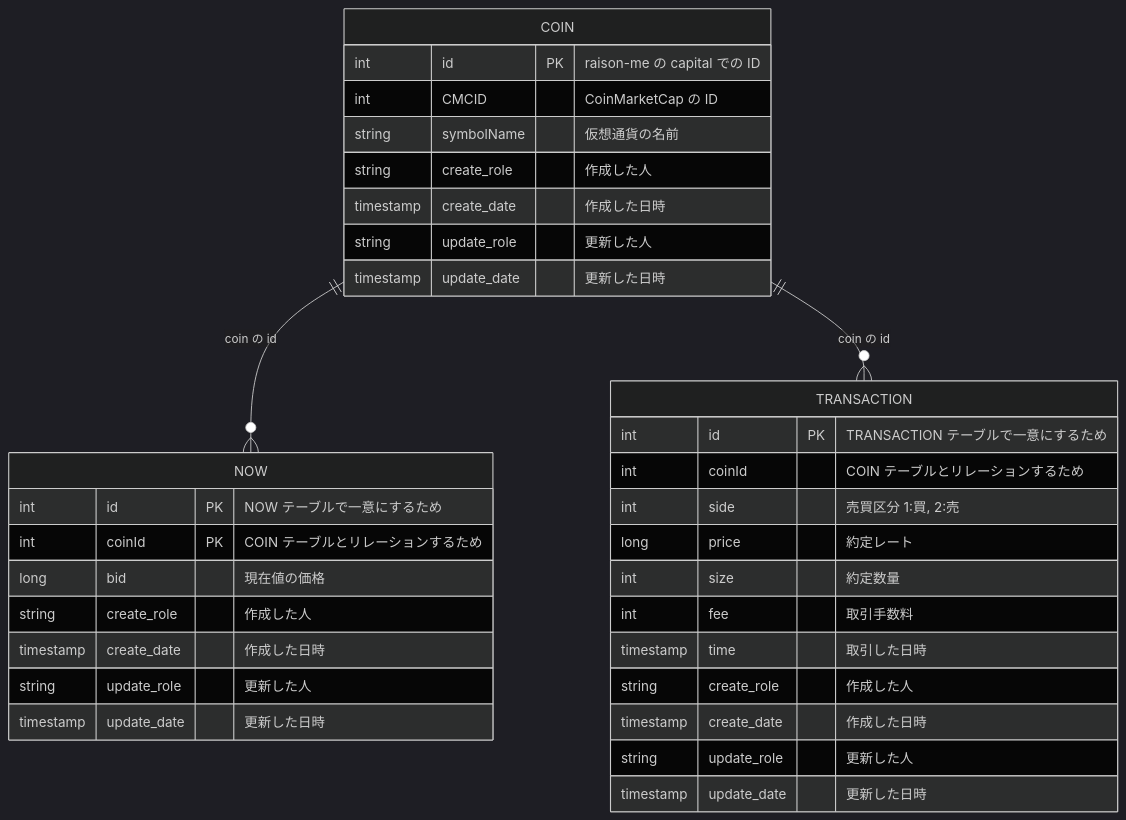
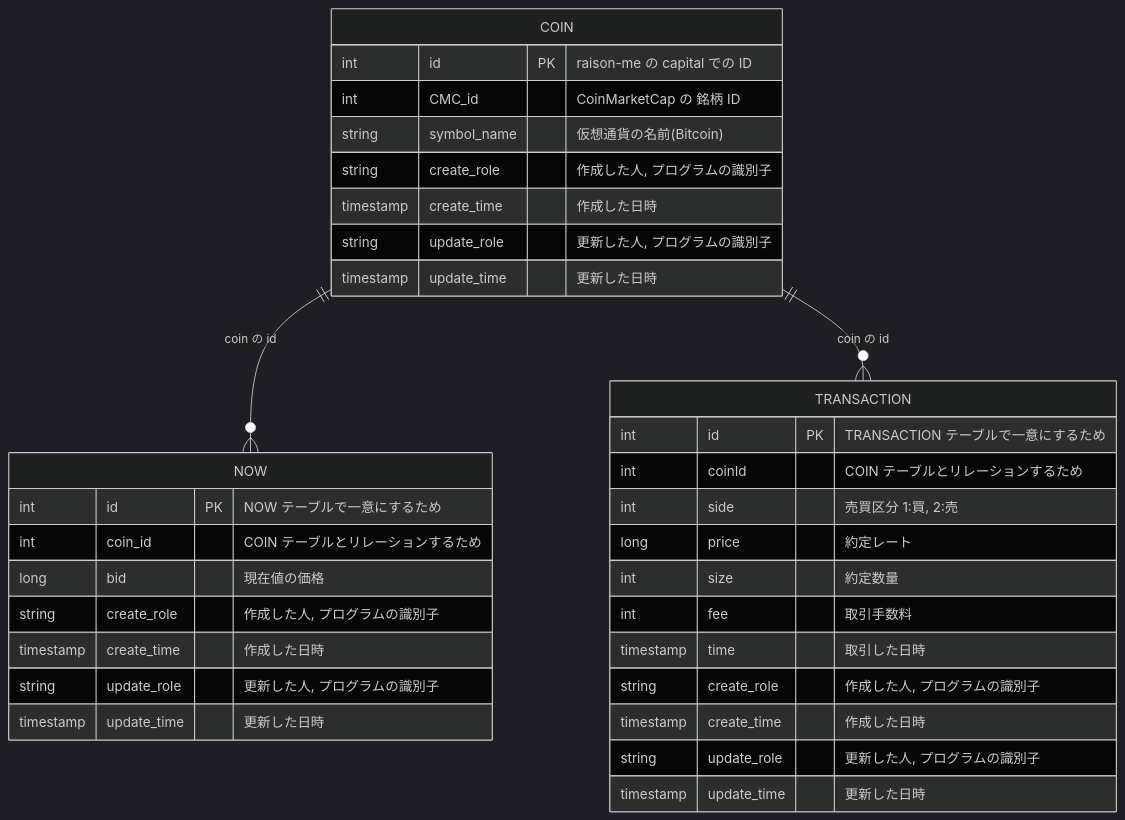
One commit to ozaki-physics/raison-me changed the fifth of 9 diagrams in docs/capital/crypto-assets.md. Above: the diagram before and after it, drawn with Mermaid (dark theme). The commit also changed other lines of this file and 2 other files, not shown here.

Commit message:
docs: 暗号資産の価格管理 のクラス図みたいなものを作ってみる #4

````diff
--- a/docs/capital/crypto-assets.md
+++ b/docs/capital/crypto-assets.md
@@ -113,36 +130,36 @@
 ```mermaid
 erDiagram
   COIN {
     int id PK "raison-me の capital での ID"
-    int CMCID "CoinMarketCap の ID"
-    string symbolName "仮想通貨の名前"
-    string create_role "作成した人"
-    timestamp create_date "作成した日時"
-    string update_role "更新した人"
-    timestamp update_date "更新した日時"
+    int CMC_id "CoinMarketCap の 銘柄 ID"
+    string symbol_name "仮想通貨の名前(Bitcoin)"
+    string create_role "作成した人, プログラムの識別子"
+    timestamp create_time "作成した日時"
+    string update_role "更新した人, プログラムの識別子"
+    timestamp update_time "更新した日時"
   }
   NOW {
     int id PK "NOW テーブルで一意にするため"
-    int coinId PK "COIN テーブルとリレーションするため"
+    int coin_id "COIN テーブルとリレーションするため"
     long bid "現在値の価格"
-    string create_role "作成した人"
-    timestamp create_date "作成した日時"
-    string update_role "更新した人"
-    timestamp update_date "更新した日時"
+    string create_role "作成した人, プログラムの識別子"
+    timestamp create_time "作成した日時"
+    string update_role "更新した人, プログラムの識別子"
+    timestamp update_time "更新した日時"
   }
   TRANSACTION {
     int id PK "TRANSACTION テーブルで一意にするため"
     int coinId "COIN テーブルとリレーションするため"
     int side "売買区分 1:買, 2:売"
     long price "約定レート"
     int size "約定数量"
     int fee "取引手数料"
     timestamp time "取引した日時"
-    string create_role "作成した人"
-    timestamp create_date "作成した日時"
-    string update_role "更新した人"
-    timestamp update_date "更新した日時"
+    string create_role "作成した人, プログラムの識別子"
+    timestamp create_time "作成した日時"
+    string update_role "更新した人, プログラムの識別子"
+    timestamp update_time "更新した日時"
   }
   COIN ||--o{ NOW : "coin の id"
   COIN ||--o{ TRANSACTION : "coin の id"
 ```
````
